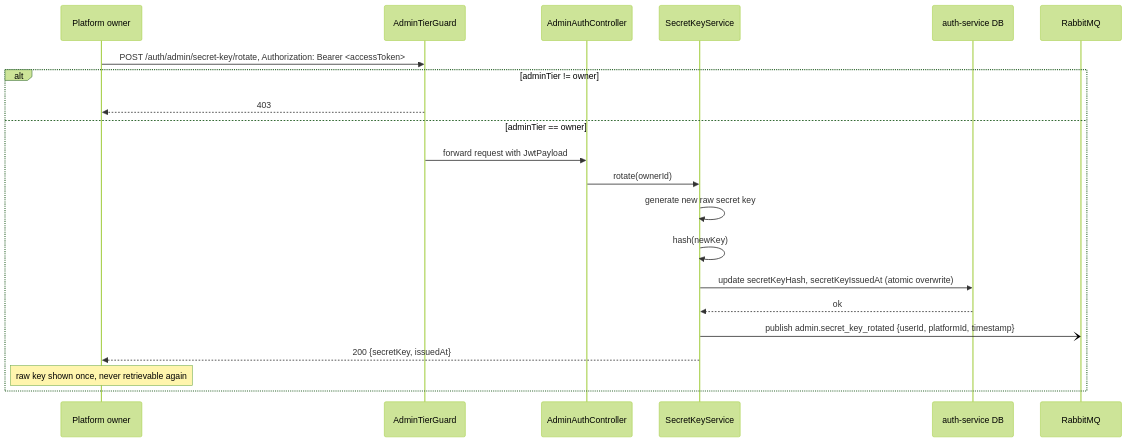
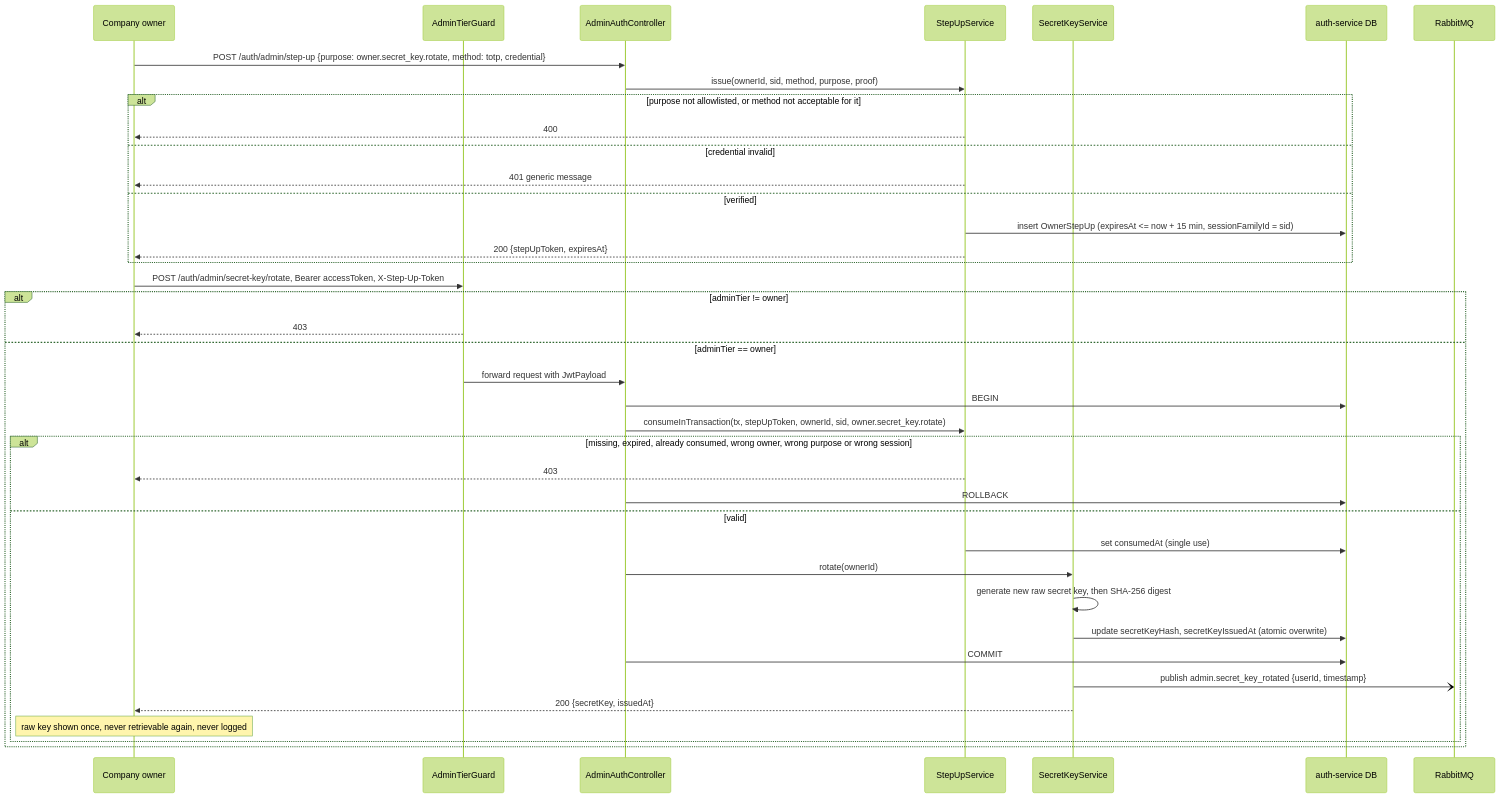
One commit to nawara-solutions/nawara-core changed diagram 13 of 24 in docs/sdd/auth-service.md. Above: the diagram before and after it, drawn with Mermaid (forest theme). The commit also changed other lines of this file and 104 other files, not shown here.

First line of the commit message:
feat(auth-service): implement owner MFA, step-up, recovery and operator sessions

````diff
--- a/docs/sdd/auth-service.md
+++ b/docs/sdd/auth-service.md
@@ -1374,24 +2608,42 @@
 ```mermaid
 sequenceDiagram
-    participant Owner as Platform owner
+    participant Owner as Company owner
     participant Guard as AdminTierGuard
     participant AAC as AdminAuthController
+    participant SUS as StepUpService
     participant SKS as SecretKeyService
     participant DB as auth-service DB
     participant Broker as RabbitMQ
 
-    Owner->>Guard: POST /auth/admin/secret-key/rotate, Authorization: Bearer <accessToken>
+    Owner->>AAC: POST /auth/admin/step-up {purpose: owner.secret_key.rotate, method: totp, credential}
+    AAC->>SUS: issue(ownerId, sid, method, purpose, proof)
+    alt purpose not allowlisted, or method not acceptable for it
+        SUS-->>Owner: 400
+    else credential invalid
+        SUS-->>Owner: 401 generic message
+    else verified
+        SUS->>DB: insert OwnerStepUp (expiresAt <= now + 15 min, sessionFamilyId = sid)
+        SUS-->>Owner: 200 {stepUpToken, expiresAt}
+    end
+    Owner->>Guard: POST /auth/admin/secret-key/rotate, Bearer accessToken, X-Step-Up-Token
     alt adminTier != owner
         Guard-->>Owner: 403
     else adminTier == owner
         Guard->>AAC: forward request with JwtPayload
-        AAC->>SKS: rotate(ownerId)
-        SKS->>SKS: generate new raw secret key
-        SKS->>SKS: hash(newKey)
-        SKS->>DB: update secretKeyHash, secretKeyIssuedAt (atomic overwrite)
-        DB-->>SKS: ok
-        SKS-)Broker: publish admin.secret_key_rotated {userId, platformId, timestamp}
-        SKS-->>Owner: 200 {secretKey, issuedAt}
-        Note over Owner: raw key shown once, never retrievable again
+        AAC->>DB: BEGIN
+        AAC->>SUS: consumeInTransaction(tx, stepUpToken, ownerId, sid, owner.secret_key.rotate)
+        alt missing, expired, already consumed, wrong owner, wrong purpose or wrong session
+            SUS-->>Owner: 403
+            AAC->>DB: ROLLBACK
+        else valid
+            SUS->>DB: set consumedAt (single use)
+            AAC->>SKS: rotate(ownerId)
+            SKS->>SKS: generate new raw secret key, then SHA-256 digest
+            SKS->>DB: update secretKeyHash, secretKeyIssuedAt (atomic overwrite)
+            AAC->>DB: COMMIT
+            SKS-)Broker: publish admin.secret_key_rotated {userId, timestamp}
+            SKS-->>Owner: 200 {secretKey, issuedAt}
+            Note over Owner: raw key shown once, never retrievable again, never logged
+        end
     end
 ```
````
